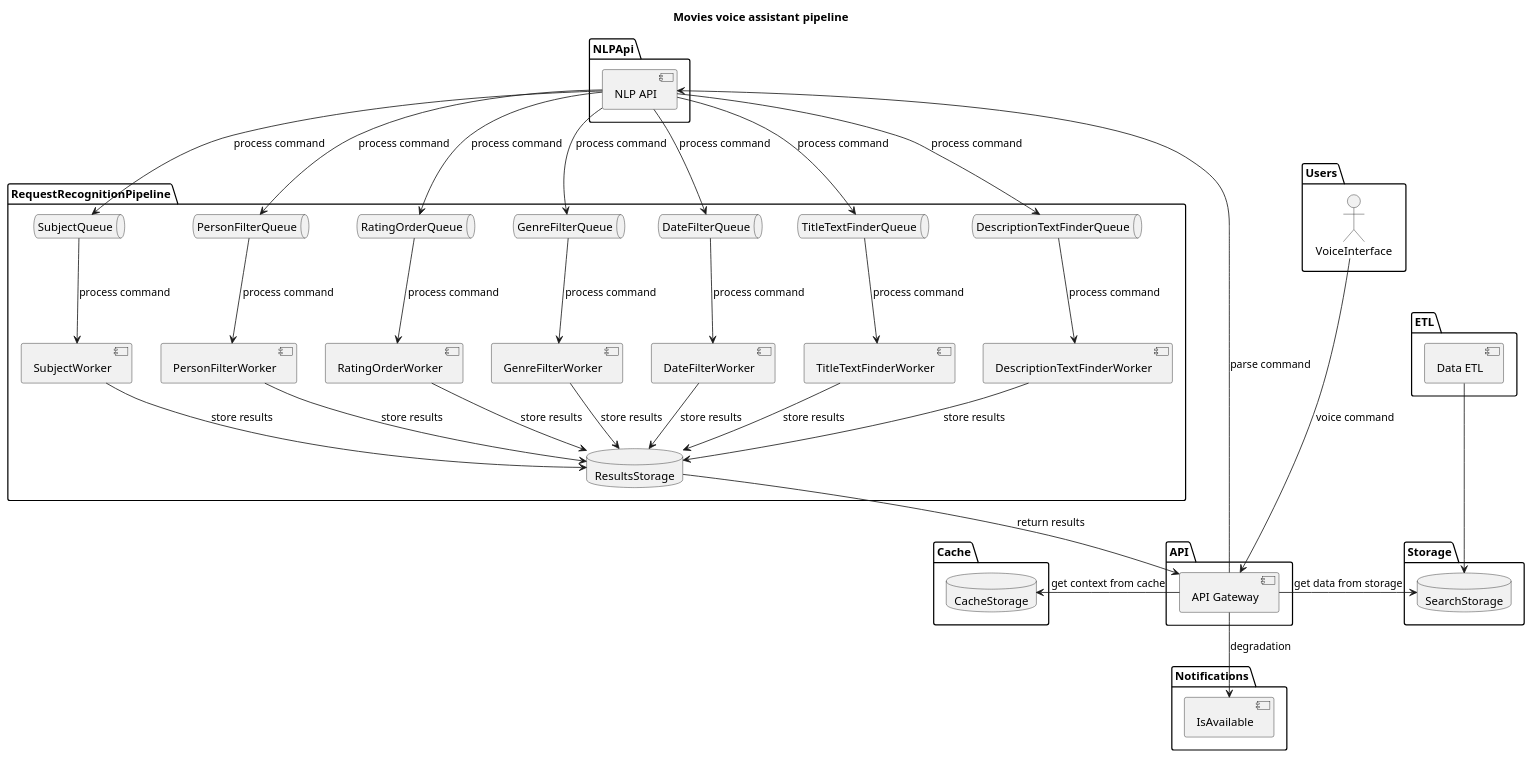
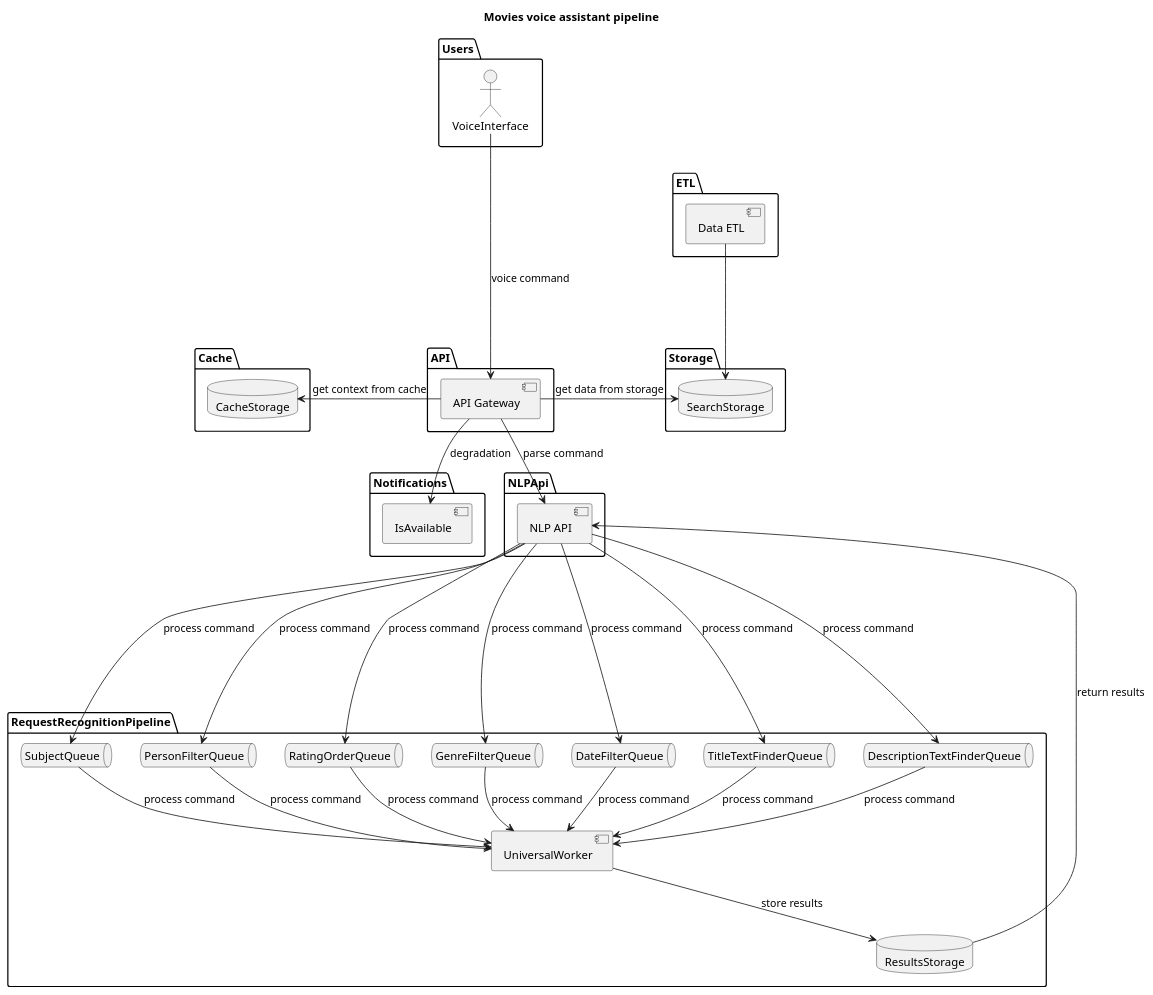
The diagram in docs/s2-project.puml (artwist-polyakov/voice_assistant_midpy), drawn with PlantUML before and after one commit. The commit also changed 1 other file, not shown here.

Commit message:
обновляет диаграмму и схему проекта

```diff
--- a/docs/s2-project.puml
+++ b/docs/s2-project.puml
@@ -1,87 +1,75 @@
 @startuml
 
 title
 <b>Movies voice assistant pipeline</b>
 end title
 
 package Users {
     actor VoiceInterface
 
 }
 
 package ETL {
     [Data ETL]
 }
 
 package API {
     [API Gateway]
 }
 
 package Storage {
    database SearchStorage
 }
 
 package Cache {
     database CacheStorage
 }
 
 package  Notifications {
     [IsAvailable]
 }
 
 package NLPApi {
     [NLP API]
 }
 
 package RequestRecognitionPipeline {
     queue SubjectQueue
     queue PersonFilterQueue
     queue RatingOrderQueue
     queue GenreFilterQueue
     queue DateFilterQueue
     queue TitleTextFinderQueue
     queue DescriptionTextFinderQueue
     database ResultsStorage
-    [SubjectWorker]
-    [PersonFilterWorker]
-    [RatingOrderWorker]
-    [GenreFilterWorker]
-    [DateFilterWorker]
-    [TitleTextFinderWorker]
-    [DescriptionTextFinderWorker]
+    [UniversalWorker]
 }
 
 VoiceInterface --down--> [API Gateway] : voice command
 [API Gateway] --> [NLP API] : parse command
-[NLP API] --> SubjectQueue : process command
-[NLP API] --> PersonFilterQueue : process command
-[NLP API] --> RatingOrderQueue : process command
-[NLP API] --> GenreFilterQueue : process command
-[NLP API] --> DateFilterQueue : process command
-[NLP API] --> TitleTextFinderQueue : process command
-[NLP API] --> DescriptionTextFinderQueue : process command
-SubjectQueue --> [SubjectWorker] : process command
-PersonFilterQueue --> [PersonFilterWorker] : process command
-RatingOrderQueue --> [RatingOrderWorker] : process command
-GenreFilterQueue --> [GenreFilterWorker] : process command
-DateFilterQueue --> [DateFilterWorker] : process command
-TitleTextFinderQueue --> [TitleTextFinderWorker] : process command
-DescriptionTextFinderQueue --> [DescriptionTextFinderWorker] : process command
-[SubjectWorker] --> ResultsStorage : store results
-[PersonFilterWorker] --> ResultsStorage : store results
-[RatingOrderWorker] --> ResultsStorage : store results
-[GenreFilterWorker] --> ResultsStorage : store results
-[DateFilterWorker] --> ResultsStorage : store results
-[TitleTextFinderWorker] --> ResultsStorage : store results
-[DescriptionTextFinderWorker] --> ResultsStorage : store results
-ResultsStorage --> [API Gateway] : return results
+[NLP API] --down--> SubjectQueue : process command
+[NLP API] --down-->  PersonFilterQueue : process command
+[NLP API] --down-->  RatingOrderQueue : process command
+[NLP API] --down-->  GenreFilterQueue : process command
+[NLP API] --down--> DateFilterQueue : process command
+[NLP API] --down-->  TitleTextFinderQueue : process command
+[NLP API] --down-->  DescriptionTextFinderQueue : process command
+SubjectQueue --> [UniversalWorker] : process command
+PersonFilterQueue --> [UniversalWorker] : process command
+RatingOrderQueue --> [UniversalWorker] : process command
+GenreFilterQueue --> [UniversalWorker] : process command
+DateFilterQueue --> [UniversalWorker] : process command
+TitleTextFinderQueue --> [UniversalWorker] : process command
+DescriptionTextFinderQueue --> [UniversalWorker]: process command
+[UniversalWorker] --> ResultsStorage : store results
+ResultsStorage -up-> [NLP API] : return results
 
 [API Gateway] -left-> CacheStorage : get context from cache
 
 [API Gateway] -right-> SearchStorage : get data from storage
 
 [Data ETL]  --down-> SearchStorage
 
 [API Gateway] --> [IsAvailable] : degradation
 
 @enduml
```
